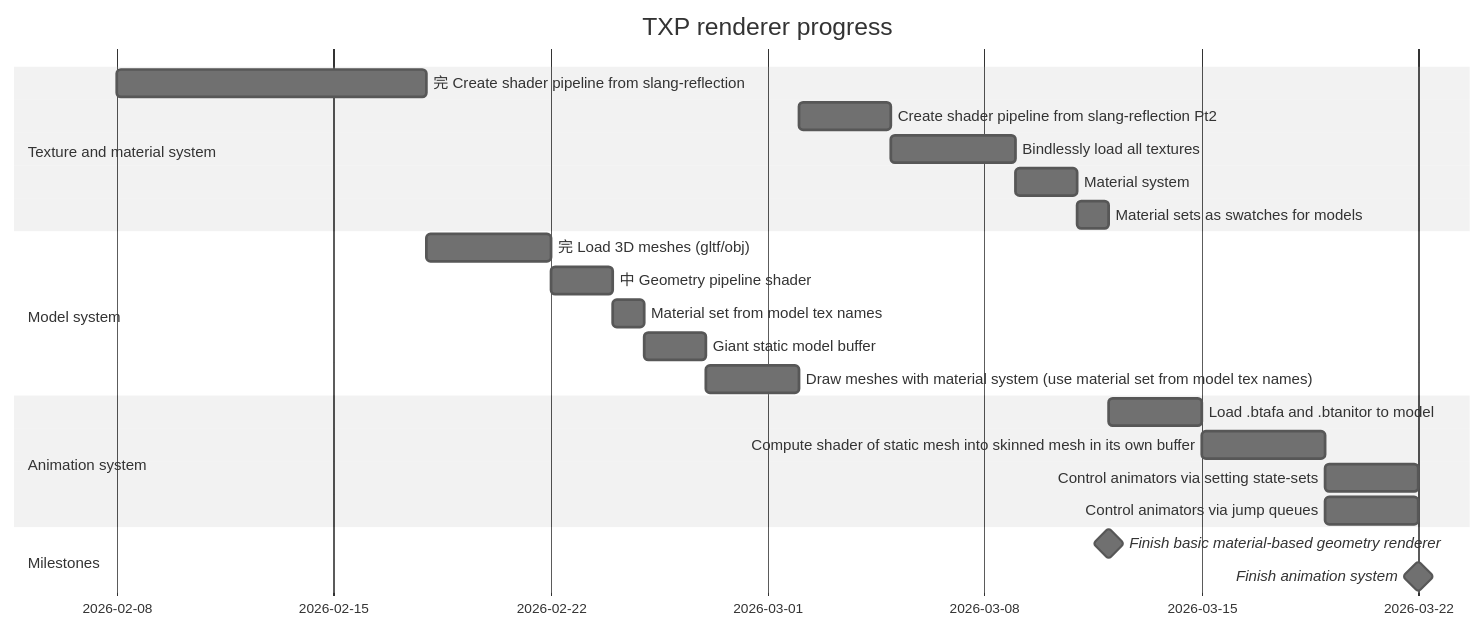
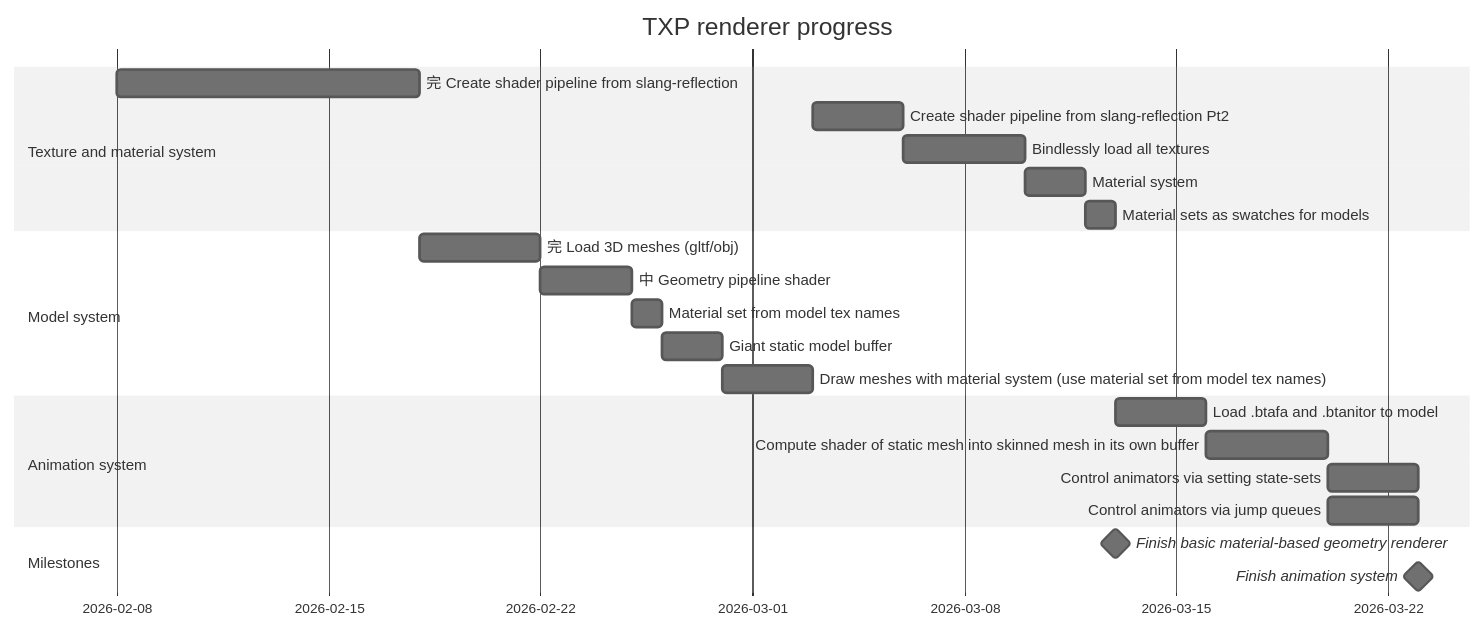
One commit to TheaGal/TXP_renderer changed the second of 3 diagrams in README.md. Above: the diagram before and after it, drawn with Mermaid (neutral theme). The commit also changed other lines of this file and 10 other files, not shown here.

Commit message:
creates graphics pipeline for shader_basic_diffuse_vulkan

````diff
--- a/README.md
+++ b/README.md
@@ -78,25 +95,25 @@
 ```mermaid
 gantt
     title TXP renderer progress
     dateFormat YYYY/MM/DD
     section Texture and material system
         完 Create shader pipeline from slang-reflection  : a1, 2026/02/08, 10d
         Create shader pipeline from slang-reflection Pt2  : a1_1, after a8, 3d
         Bindlessly load all textures          : a2, after a1_1, 4d
         Material system                       : a3, after a2, 2d
         Material sets as swatches for models  : a4, after a3, 1d
     section Model system
         完 Load 3D meshes (gltf/obj)         : a5, after a1, 4d
-        中 Geometry pipeline shader          : a5_1, after a5, 2d
+        中 Geometry pipeline shader          : a5_1, after a5, 3d
         Material set from model tex names : a6, after a5_1, 1d
         Giant static model buffer         : a7, after a6, 2d
         Draw meshes with material system (use material set from model tex names)  : a8, after a7, 3d
     section Animation system
         Load .btafa and .btanitor to model : a9, after m1, 3d
         Compute shader of static mesh into skinned mesh in its own buffer : a10, after a9, 4d
         Control animators via setting state-sets : a11, after a10, 3d
         Control animators via jump queues : a12, after a10, 3d
     section Milestones
         Finish basic material-based geometry renderer : milestone, m1, after a4, 0d
         Finish animation system : milestone, m2, after a12, 0d
 ```
````
